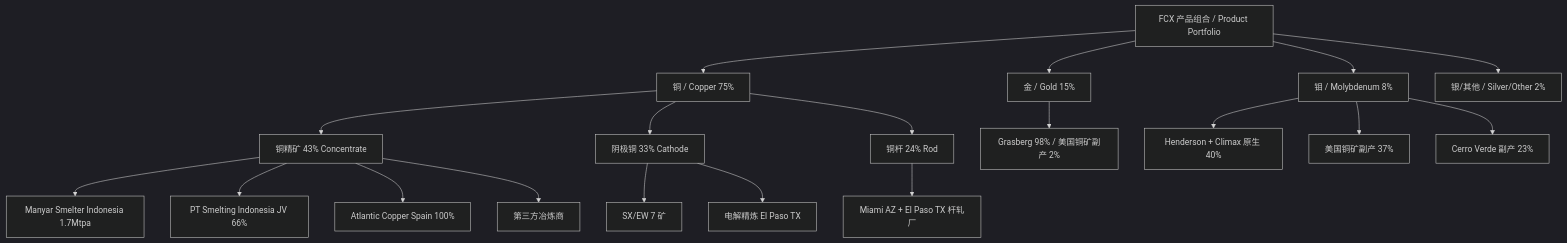
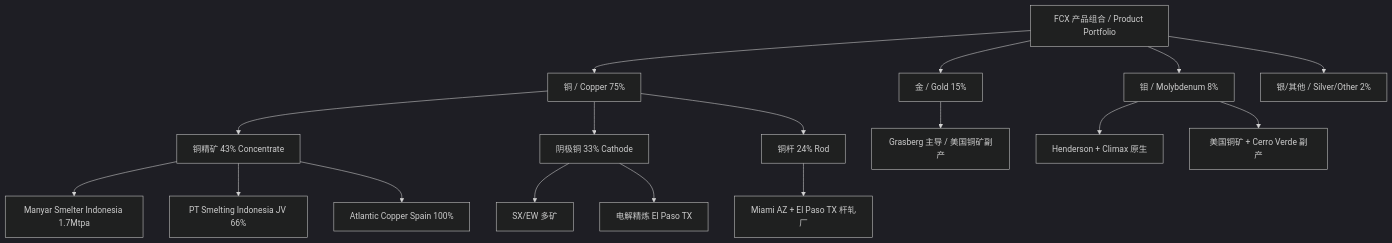
Before and after one commit to dadachundan/financial_agent: the second of 5 diagrams in reports/company/FreeportMcMoRan_NYSE_FCX/FreeportMcMoRan_NYSE_FCX_公司研究.md, drawn with Mermaid (dark theme). The commit also changed other lines of this file and 9 other files, not shown here.

````diff
--- a/reports/company/FreeportMcMoRan_NYSE_FCX/FreeportMcMoRan_NYSE_FCX_公司研究.md
+++ b/reports/company/FreeportMcMoRan_NYSE_FCX/FreeportMcMoRan_NYSE_FCX_公司研究.md
@@ -123,22 +595,20 @@
 ```mermaid
 graph TD
     A[FCX 产品组合 / Product Portfolio]
     A --> B[铜 / Copper 75%]
     A --> C[金 / Gold 15%]
     A --> D[钼 / Molybdenum 8%]
     A --> E[银/其他 / Silver/Other 2%]
     B --> B1[铜精矿 43% Concentrate]
     B --> B2[阴极铜 33% Cathode]
     B --> B3[铜杆 24% Rod]
     B1 --> F[Manyar Smelter Indonesia 1.7Mtpa]
     B1 --> G[PT Smelting Indonesia JV 66%]
     B1 --> H[Atlantic Copper Spain 100%]
-    B1 --> I[第三方冶炼商]
-    B2 --> J[SX/EW 7 矿]
+    B2 --> J[SX/EW 多矿]
     B2 --> K[电解精炼 El Paso TX]
     B3 --> L[Miami AZ + El Paso TX 杆轧厂]
-    C --> C1[Grasberg 98% / 美国铜矿副产 2%]
-    D --> D1[Henderson + Climax 原生 40%]
-    D --> D2[美国铜矿副产 37%]
-    D --> D3[Cerro Verde 副产 23%]
+    C --> C1[Grasberg 主导 / 美国铜矿副产]
+    D --> D1[Henderson + Climax 原生]
+    D --> D2[美国铜矿 + Cerro Verde 副产]
 ```
````
